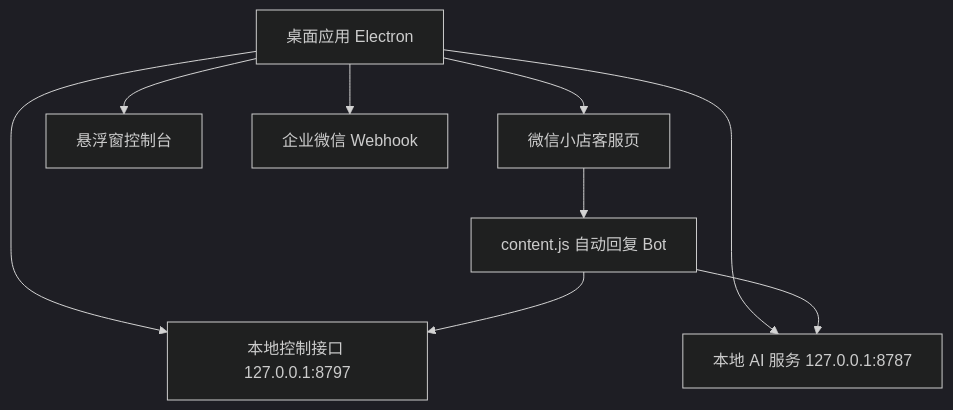
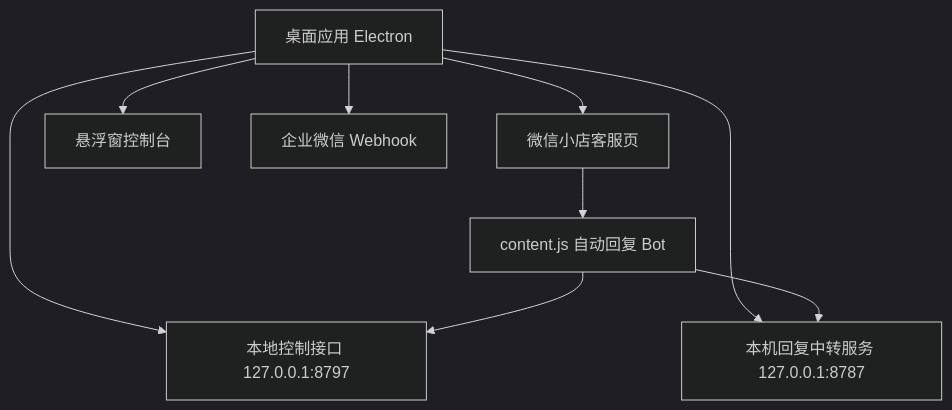
The diagram in docs/desktop-app-structure-deployment.md (JahanHe/wechat-autoreply), drawn with Mermaid (dark theme) before and after one commit. The commit also changed other lines of this file and 30 other files, not shown here.

Commit message:
feat: rebuild reply task flow for 0.4.4

````diff
--- a/docs/desktop-app-structure-deployment.md
+++ b/docs/desktop-app-structure-deployment.md
@@ -32,11 +32,11 @@
 ```mermaid
 flowchart TD
   A["桌面应用 Electron"] --> B["微信小店客服页"]
   A --> C["悬浮窗控制台"]
-  A --> D["本地 AI 服务 127.0.0.1:8787"]
+  A --> D["本机回复中转服务 127.0.0.1:8787"]
   A --> E["本地控制接口 127.0.0.1:8797"]
   B --> F["content.js 自动回复 Bot"]
   F --> E
   F --> D
   A --> G["企业微信 Webhook"]
 ```
````
